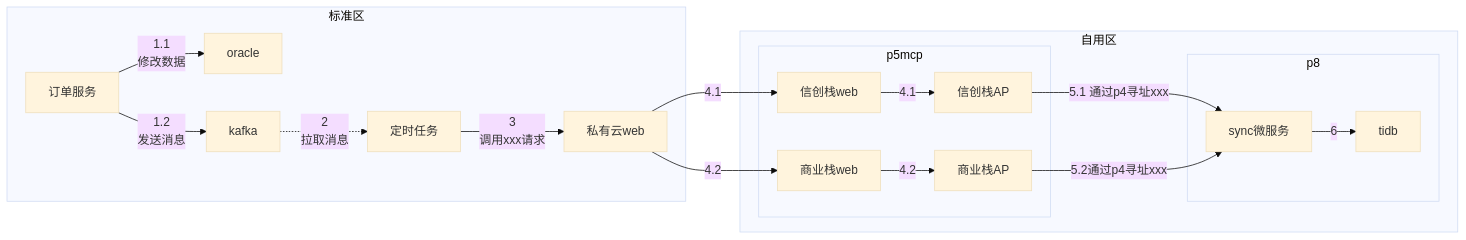
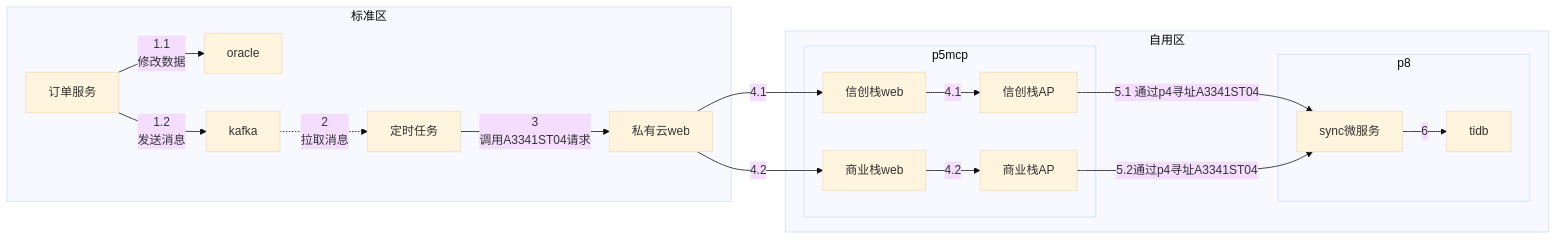
The second of 6 diagrams in 双写数据同步链路图.md (liyiye/C4-PlantUML), drawn with Mermaid (base theme) before and after one commit. The commit also changed other lines of this file and 5 other files, not shown here.

````diff
--- a/双写数据同步链路图.md
+++ b/双写数据同步链路图.md
@@ -39,35 +40,34 @@
 ```mermaid
 flowchart LR
     subgraph 标准区
         clp_order[订单服务]
         cld_data_sync[定时任务]
         oracle
         私有云web
         kafka
     end
     subgraph 自用区
         subgraph p5mcp
             MCPDJ_WB[信创栈web]
             MCPDJ_AP[信创栈AP]
             MCPNH_WB[商业栈web]
             MCPNH_AP[商业栈AP]
         end
         subgraph p8
             nmcp_micro_sync[sync微服务]
             tidb
         end
     end
 
     clp_order-->| 1.1<br>修改数据|oracle
     clp_order-->| 1.2<br>发送消息|kafka
     kafka-.->|2<br>拉取消息|cld_data_sync
-    cld_data_sync-->|3<br>调用xxx请求|私有云web
+    cld_data_sync-->|3<br>调用A3341ST04请求|私有云web
     私有云web-->|4.1|MCPDJ_WB
     私有云web-->|4.2|MCPNH_WB
     MCPDJ_WB-->|4.1|MCPDJ_AP
     MCPNH_WB-->|4.2|MCPNH_AP
-    MCPDJ_AP-->|5.1 通过p4寻址xxx|nmcp_micro_sync
-    MCPNH_AP-->|5.2通过p4寻址xxx|nmcp_micro_sync
+    MCPDJ_AP-->|5.1 通过p4寻址A3341ST04|nmcp_micro_sync
+    MCPNH_AP-->|5.2通过p4寻址A3341ST04|nmcp_micro_sync
     nmcp_micro_sync-->|6|tidb
-    
 ```
````
